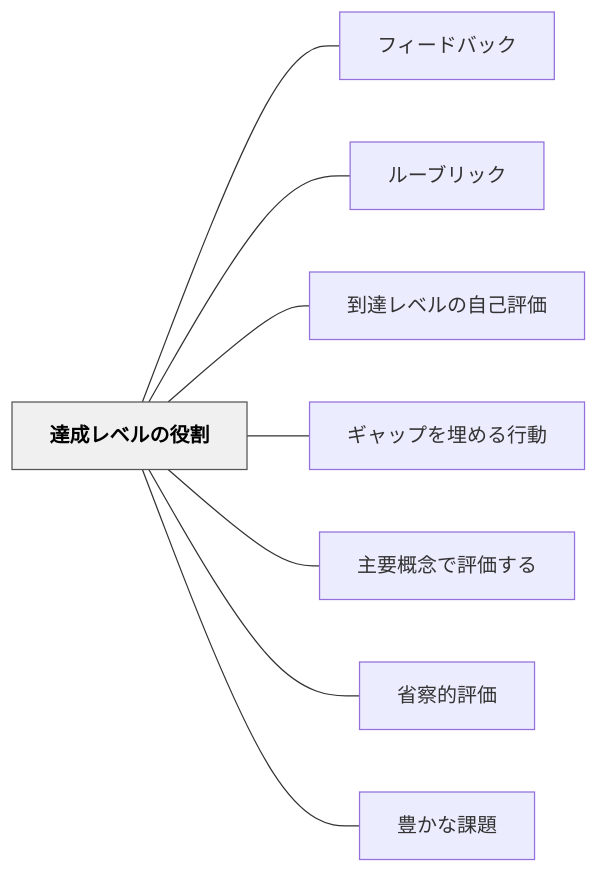
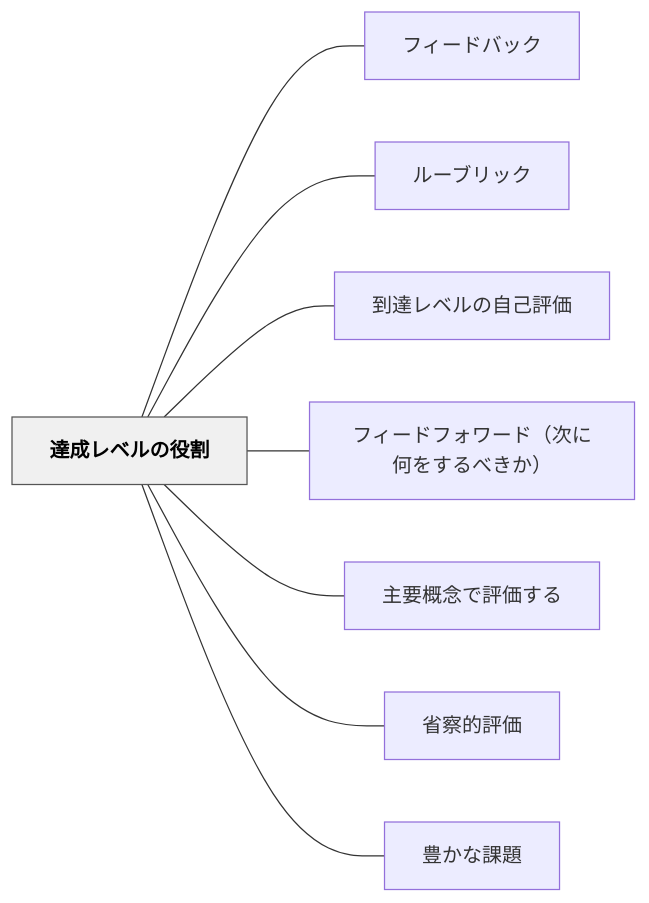
The diagram in content/パタン/達成レベルの役割.md (unknownthings-ed-patterns/unknownthings-ed-patterns), drawn with Mermaid before and after one commit. The commit also changed other lines of this file and 5 other files, not shown here.

````diff
--- a/content/パタン/達成レベルの役割.md
+++ b/content/パタン/達成レベルの役割.md
@@ -55,22 +55,22 @@
 ```mermaid
 flowchart LR
     ne98194e68890e383ace38399e383abe381aee5bdb9e589b2["達成レベルの役割"]
     ne38395e382a3e383bce38389e38390e38383e382af["フィードバック"]
     ne383abe383bce38396e383aae38383e382af["ルーブリック"]
     ne588b0e98194e383ace38399e383abe381aee887aae5b7b1e8a995e4bea1["到達レベルの自己評価"]
-    ne382aee383a3e38383e38397e38292e59f8be38281e3828be8a18ce58b95["ギャップを埋める行動"]
+    ne38395e382a3e383bce38389e38395e382a9e383afe383bce38389efbc88e6aca1e381abe4bd95e38292e38199e3828be381b9e3818de3818befbc89["フィードフォワード（次に何をするべきか）"]
     ne4b8bbe8a681e6a682e5bfb5e381a7e8a995e4bea1e38199e3828b["主要概念で評価する"]
     ne79c81e5af9fe79a84e8a995e4bea1["省察的評価"]
     ne8b18ae3818be381aae8aab2e9a18c["豊かな課題"]
 
     ne98194e68890e383ace38399e383abe381aee5bdb9e589b2 --- ne38395e382a3e383bce38389e38390e38383e382af
     ne98194e68890e383ace38399e383abe381aee5bdb9e589b2 --- ne383abe383bce38396e383aae38383e382af
     ne98194e68890e383ace38399e383abe381aee5bdb9e589b2 --- ne588b0e98194e383ace38399e383abe381aee887aae5b7b1e8a995e4bea1
-    ne98194e68890e383ace38399e383abe381aee5bdb9e589b2 --- ne382aee383a3e38383e38397e38292e59f8be38281e3828be8a18ce58b95
+    ne98194e68890e383ace38399e383abe381aee5bdb9e589b2 --- ne38395e382a3e383bce38389e38395e382a9e383afe383bce38389efbc88e6aca1e381abe4bd95e38292e38199e3828be381b9e3818de3818befbc89
     ne98194e68890e383ace38399e383abe381aee5bdb9e589b2 --- ne4b8bbe8a681e6a682e5bfb5e381a7e8a995e4bea1e38199e3828b
     ne98194e68890e383ace38399e383abe381aee5bdb9e589b2 --- ne79c81e5af9fe79a84e8a995e4bea1
     ne98194e68890e383ace38399e383abe381aee5bdb9e589b2 --- ne8b18ae3818be381aae8aab2e9a18c
 
     classDef hub fill:#f0f0f0,stroke:#555,color:#000,font-weight:bold
     class ne98194e68890e383ace38399e383abe381aee5bdb9e589b2 hub
 ```
````
